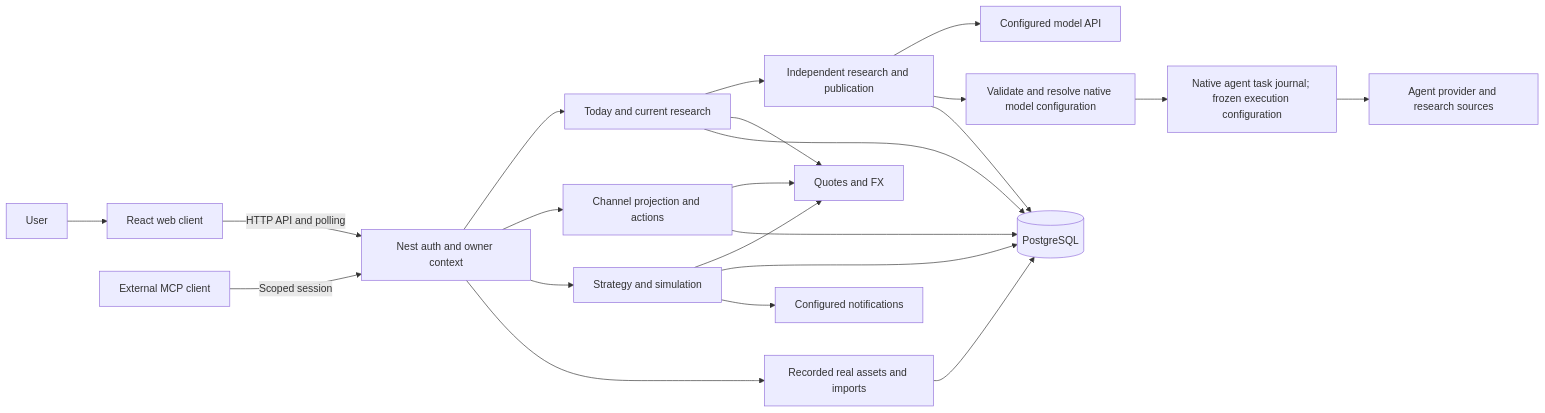
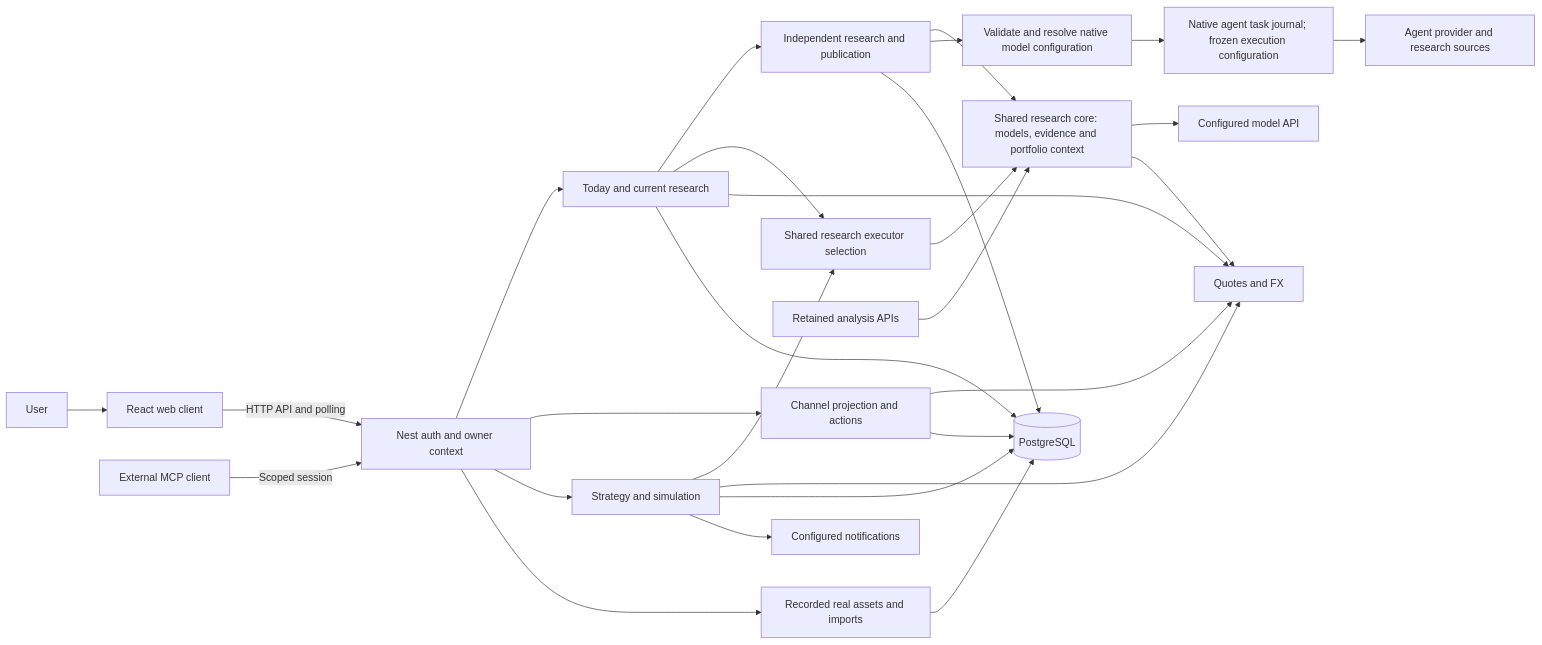
Before and after one commit to Lueyu/squabble: the first of 5 diagrams in docs/architecture.md, drawn with Mermaid. The commit also changed other lines of this file and 29 other files, not shown here.

Commit message:
docs: clarify current assistant architecture and contributor workflow

````diff
--- a/docs/architecture.md
+++ b/docs/architecture.md
@@ -20,24 +26,30 @@
 ```mermaid
 flowchart LR
     user["User"] --> web["React web client"]
     web -->|"HTTP API and polling"| auth["Nest auth and owner context"]
     auth --> experience["Today and current research"]
     auth --> channel["Channel projection and actions"]
     auth --> strategy["Strategy and simulation"]
     auth --> ledger["Recorded real assets and imports"]
     experience --> council["Independent research and publication"]
-    council --> models["Configured model API"]
+    council --> core["Shared research core: models, evidence and portfolio context"]
+    legacy["Retained analysis APIs"] --> core
+    core --> models["Configured model API"]
+    experience --> routing["Shared research executor selection"]
+    strategy --> routing
+    routing --> core
     council --> nativeConfig["Validate and resolve native model configuration"]
     nativeConfig --> native["Native agent task journal; frozen execution configuration"]
     native --> provider["Agent provider and research sources"]
     experience --> data["Quotes and FX"]
+    core --> data
     strategy --> data
     channel --> data
     council --> db[("PostgreSQL")]
     experience --> db
     channel --> db
     strategy --> db
     ledger --> db
     strategy --> notify["Configured notifications"]
     mcp["External MCP client"] -->|"Scoped session"| auth
 ```
````
